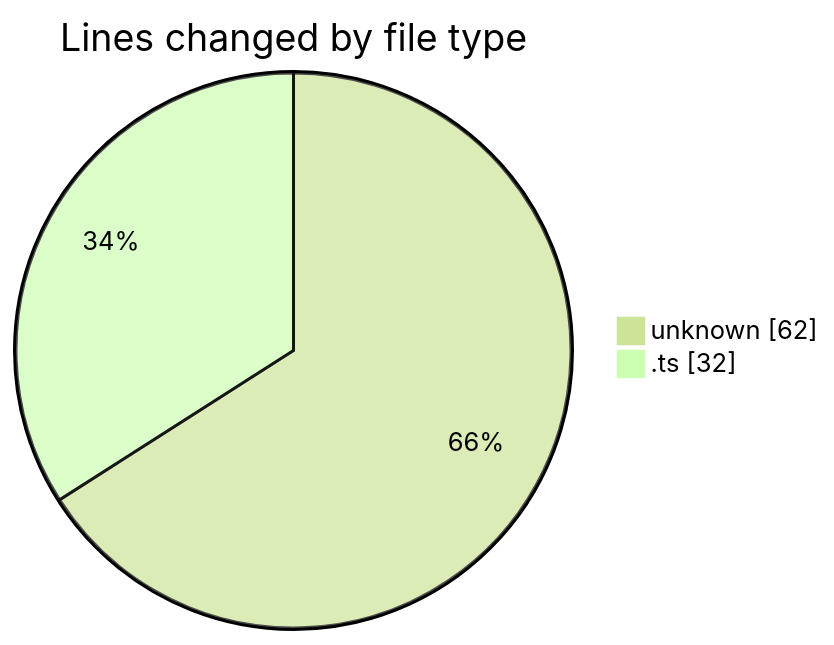
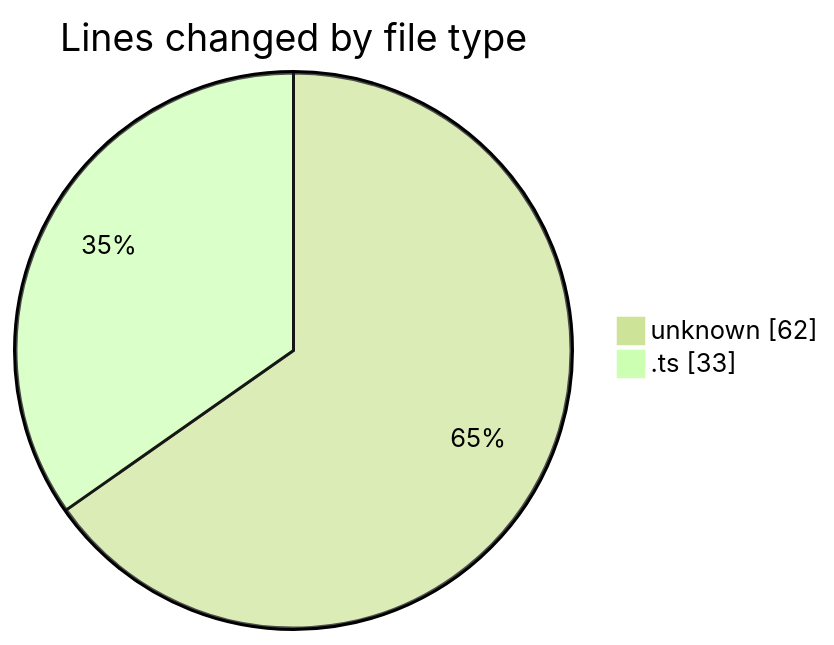
The first of 2 diagrams in 2025-05-17/niten/README.md (Elitesun/code-tracking), drawn with Mermaid (forest theme) before and after one commit. The commit also changed other lines of this file and 1 other file, not shown here.

````diff
--- a/2025-05-17/niten/README.md
+++ b/2025-05-17/niten/README.md
@@ -22,6 +22,6 @@
 ```mermaid
 pie showData
 title Lines changed by file type
 "unknown" : 62
-".ts" : 32
+".ts" : 33
 ```
````
